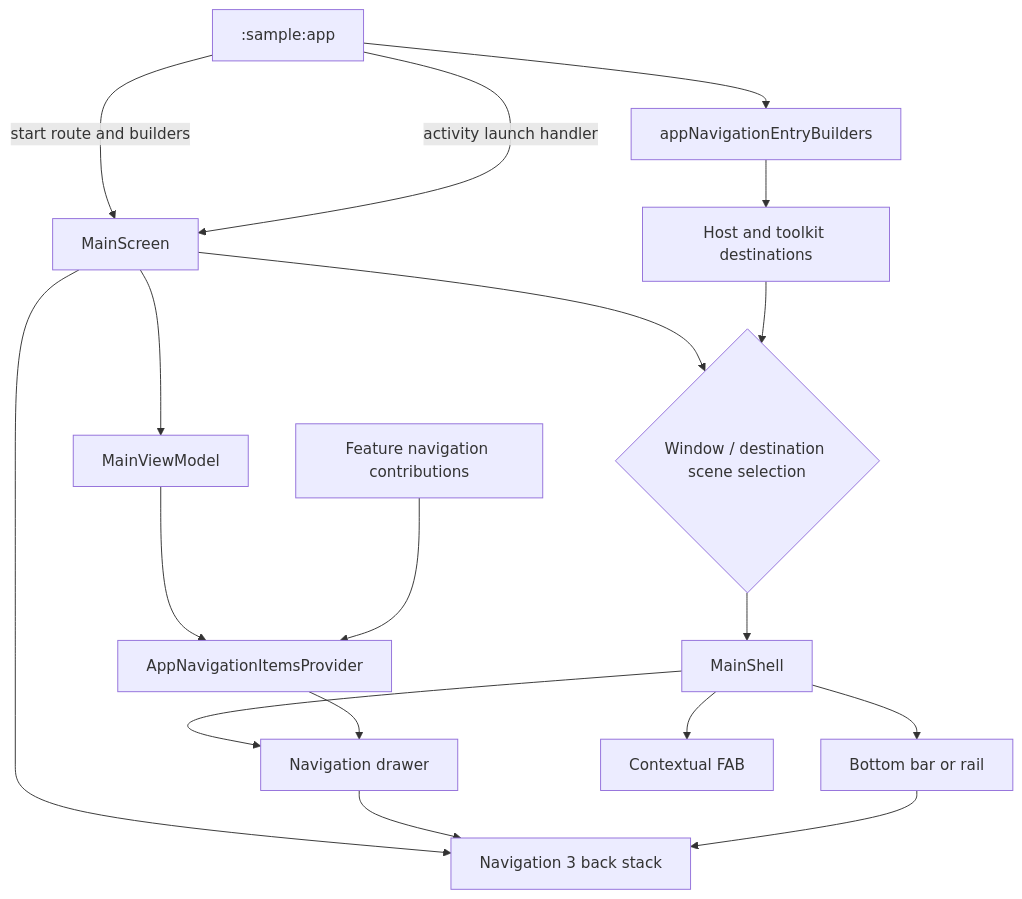
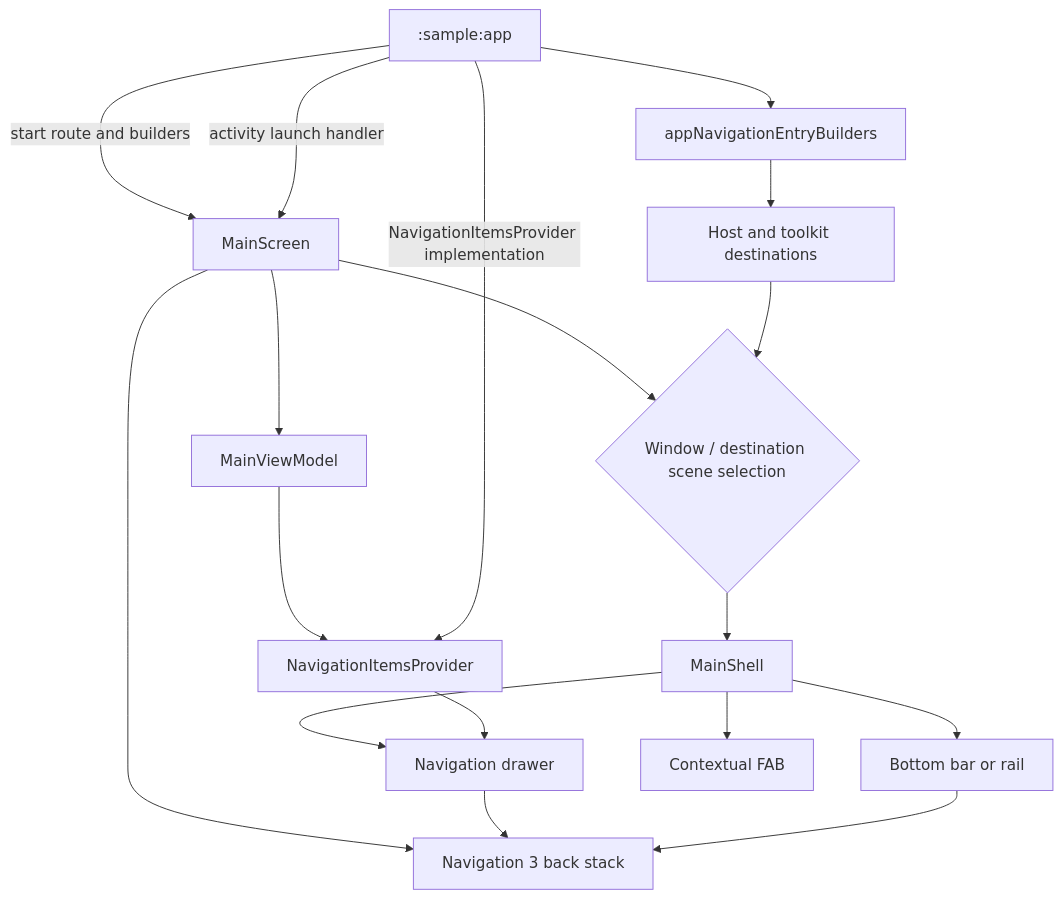
Before and after one commit to MihaiCristianCondrea/App-Toolkit-for-Android: the diagram in sample/core/shell/README.md, drawn with Mermaid. The commit also changed other lines of this file and 32 other files, not shown here.

````diff
--- a/sample/core/shell/README.md
+++ b/sample/core/shell/README.md
@@ -35,20 +35,20 @@
 ```mermaid
 flowchart TD
     App[":sample:app"] -->|start route and builders| Screen[MainScreen]
     App -->|activity launch handler| Screen
     Screen --> BackStack[Navigation 3 back stack]
     Screen --> Scene{Window / destination scene selection}
     Scene --> Shell[MainShell]
     Shell --> Drawer[Navigation drawer]
     Shell --> Bottom[Bottom bar or rail]
     Shell --> Fab[Contextual FAB]
     Screen --> VM[MainViewModel]
-    VM --> Provider[AppNavigationItemsProvider]
-    Contributions[Feature navigation contributions] --> Provider
+    VM --> Provider[NavigationItemsProvider]
+    App -->|NavigationItemsProvider implementation| Provider
     Provider --> Drawer
     App --> Builders[appNavigationEntryBuilders]
     Builders --> Entries[Host and toolkit destinations]
     Entries --> Scene
     Drawer --> BackStack
     Bottom --> BackStack
 ```
````
